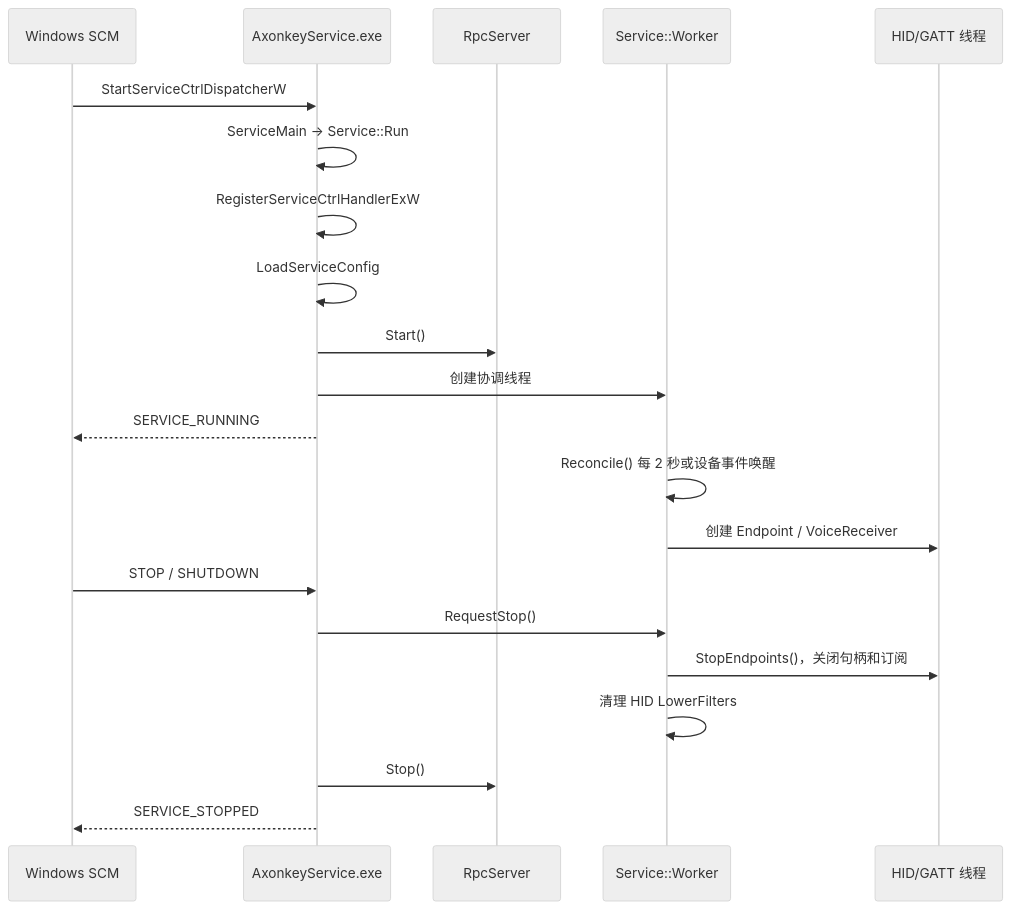
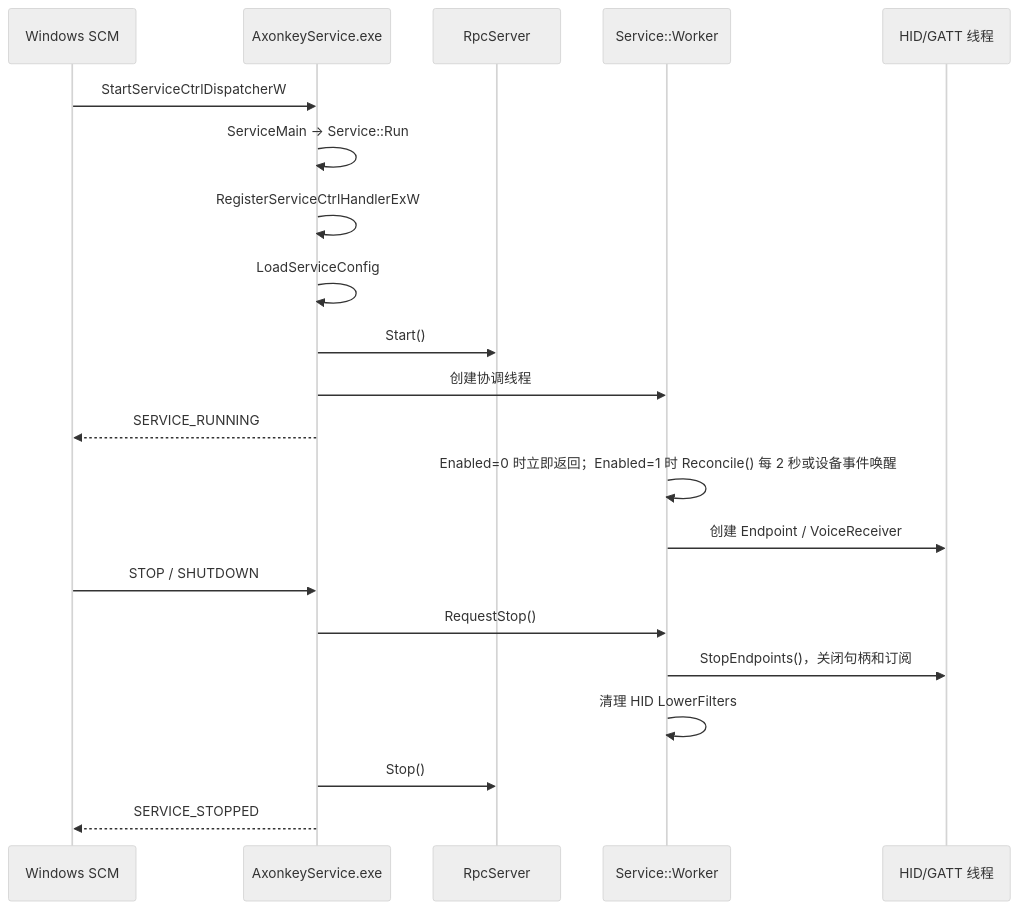
Before and after one commit to liujiaqi7998/axonkey: the second of 3 diagrams in windows/service/SERVICE_ARCHITECTURE.md, drawn with Mermaid (neutral theme). The commit also changed other lines of this file and 34 other files, not shown here.

````diff
--- a/windows/service/SERVICE_ARCHITECTURE.md
+++ b/windows/service/SERVICE_ARCHITECTURE.md
@@ -71,24 +71,24 @@
 ```mermaid
 sequenceDiagram
     participant SCM as Windows SCM
     participant P as AxonkeyService.exe
     participant R as RpcServer
     participant W as Service::Worker
     participant D as HID/GATT 线程
 
     SCM->>P: StartServiceCtrlDispatcherW
     P->>P: ServiceMain -> Service::Run
     P->>P: RegisterServiceCtrlHandlerExW
     P->>P: LoadServiceConfig
     P->>R: Start()
     P->>W: 创建协调线程
     P-->>SCM: SERVICE_RUNNING
-    W->>W: Reconcile() 每 2 秒或设备事件唤醒
+    W->>W: Enabled=0 时立即返回；Enabled=1 时 Reconcile() 每 2 秒或设备事件唤醒
     W->>D: 创建 Endpoint / VoiceReceiver
     SCM->>P: STOP / SHUTDOWN
     P->>W: RequestStop()
     W->>D: StopEndpoints()，关闭句柄和订阅
     W->>W: 清理 HID LowerFilters
     P->>R: Stop()
     P-->>SCM: SERVICE_STOPPED
 ```
````
